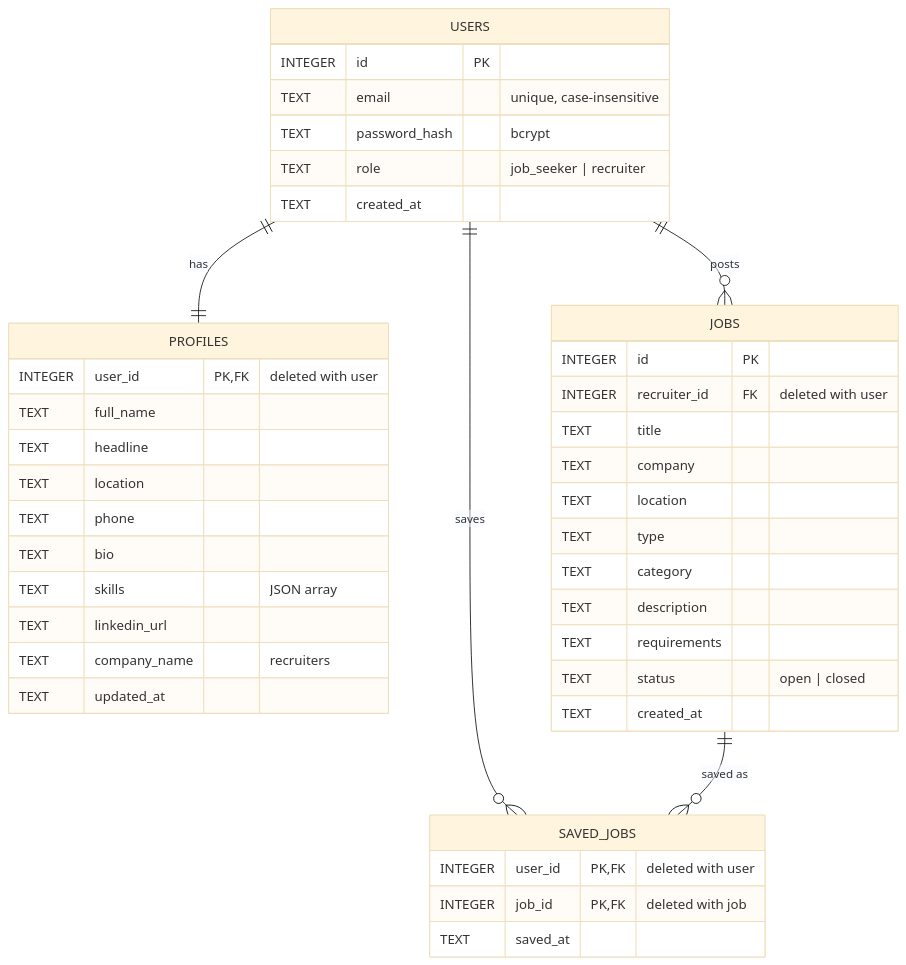
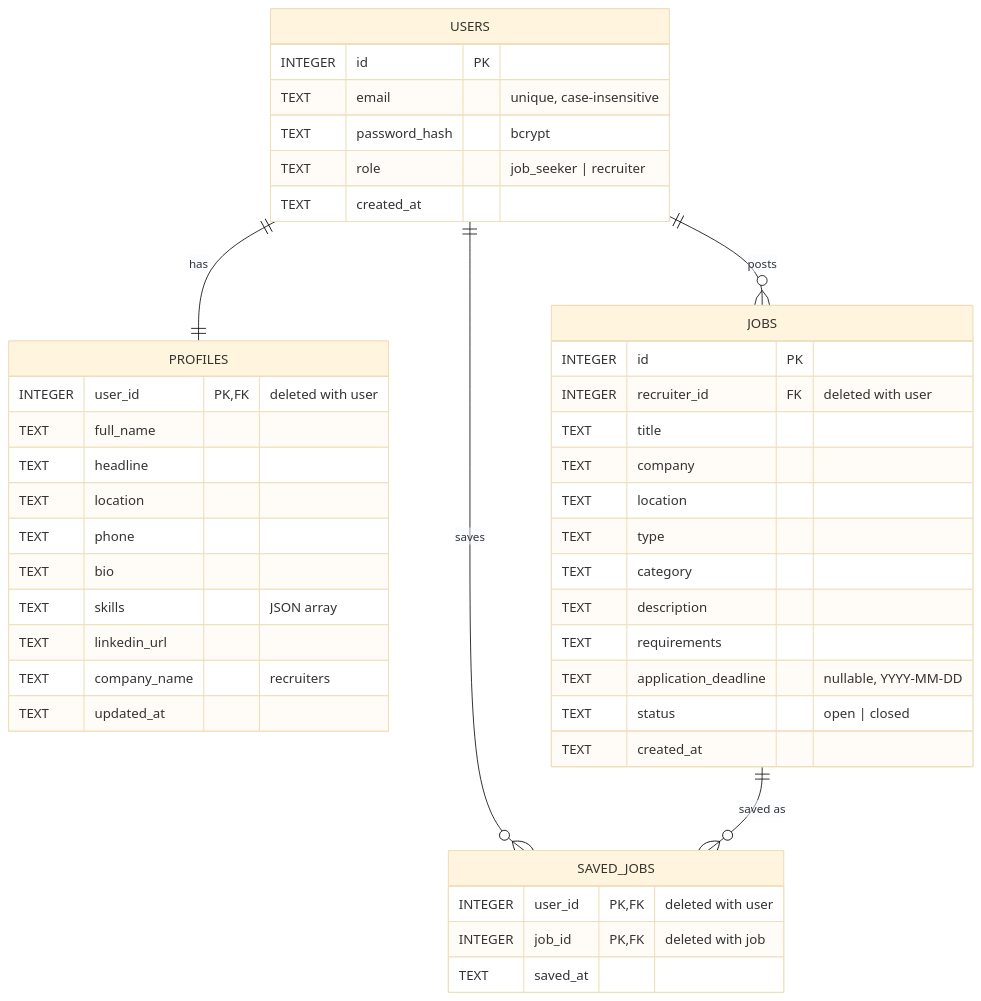
Before and after one commit to Strykerxman/CareerConnect: the diagram in docs/database.md, drawn with Mermaid (base theme). The commit also changed 6 other files, not shown here.

````diff
--- a/docs/database.md
+++ b/docs/database.md
@@ -5,44 +5,45 @@
 ```mermaid
 erDiagram
   USERS ||--|| PROFILES : has
   USERS {
     INTEGER id PK
     TEXT email "unique, case-insensitive"
     TEXT password_hash "bcrypt"
     TEXT role "job_seeker | recruiter"
     TEXT created_at
   }
   USERS ||--o{ JOBS : posts
   JOBS {
     INTEGER id PK
     INTEGER recruiter_id FK "deleted with user"
     TEXT title
     TEXT company
     TEXT location
     TEXT type
     TEXT category
     TEXT description
     TEXT requirements
+    TEXT application_deadline "nullable, YYYY-MM-DD"
     TEXT status "open | closed"
     TEXT created_at
   }
   PROFILES {
     INTEGER user_id PK, FK "deleted with user"
     TEXT full_name
     TEXT headline
     TEXT location
     TEXT phone
     TEXT bio
     TEXT skills "JSON array"
     TEXT linkedin_url
     TEXT company_name "recruiters"
     TEXT updated_at
   }
   USERS ||--o{ SAVED_JOBS : saves
   JOBS ||--o{ SAVED_JOBS : "saved as"
   SAVED_JOBS {
     INTEGER user_id PK, FK "deleted with user"
     INTEGER job_id PK, FK "deleted with job"
     TEXT saved_at
   }
 ```
````
